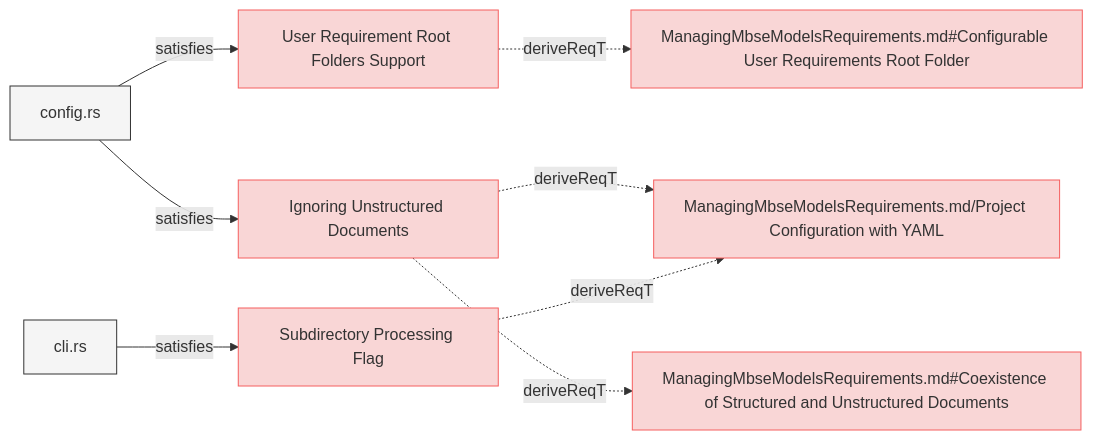
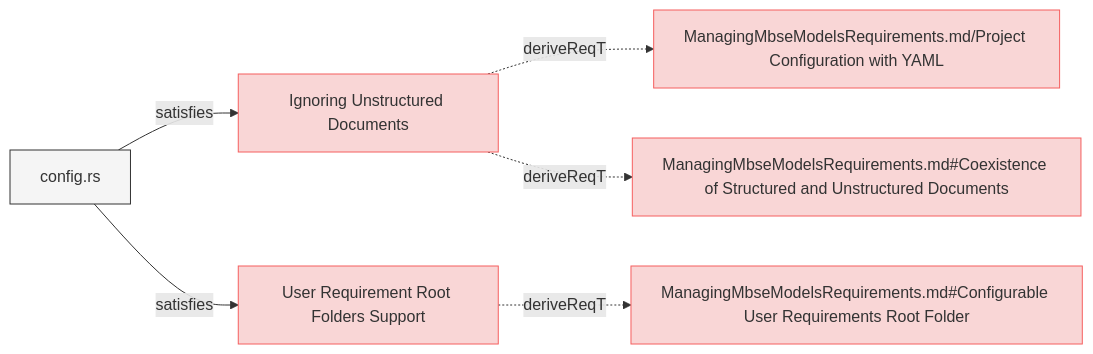
The second of 8 diagrams in specifications/SystemRequirements/Requirements.md (reqvire-org/reqvire), drawn with Mermaid before and after one commit. The commit also changed other lines of this file and 29 other files, not shown here.

````diff
--- a/specifications/SystemRequirements/Requirements.md
+++ b/specifications/SystemRequirements/Requirements.md
@@ -171,43 +151,35 @@
 ```mermaid
 graph LR;
   %% Graph styling
   classDef requirement fill:#f9d6d6,stroke:#f55f5f,stroke-width:1px;
   classDef verification fill:#d6f9d6,stroke:#5fd75f,stroke-width:1px;
   classDef externalLink fill:#d0e0ff,stroke:#3080ff,stroke-width:1px;
   classDef default fill:#f5f5f5,stroke:#333333,stroke-width:1px;
 
-  a9d6e2569d5acd60["User Requirement Root Folders Support"];
-  class a9d6e2569d5acd60 requirement;
-  click a9d6e2569d5acd60 "Requirements.md#user-requirement-root-folders-support";
-  d9354ef2eca0f2d0["ManagingMbseModelsRequirements.md#Configurable User Requirements Root Folder"];
-  class d9354ef2eca0f2d0 requirement;
-  click d9354ef2eca0f2d0 "../ManagingMbseModelsRequirements.md#configurable-user-requirements-root-folder";
-  a9d6e2569d5acd60 -.->|deriveReqT| d9354ef2eca0f2d0;
-  8419dcc77d92b609["config.rs"];
-  class 8419dcc77d92b609 default;
-  click 8419dcc77d92b609 "../../cli/src/config.rs";
-  8419dcc77d92b609 -->|satisfies| a9d6e2569d5acd60;
   be83c2991e9535c7["Ignoring Unstructured Documents"];
   class be83c2991e9535c7 requirement;
   click be83c2991e9535c7 "Requirements.md#ignoring-unstructured-documents";
   16b4b380c917deb1["ManagingMbseModelsRequirements.md/Project Configuration with YAML"];
   class 16b4b380c917deb1 requirement;
   click 16b4b380c917deb1 "../ManagingMbseModelsRequirements.md#project-configuration-with-yaml";
   be83c2991e9535c7 -.->|deriveReqT| 16b4b380c917deb1;
   f0d721424636370e["ManagingMbseModelsRequirements.md#Coexistence of Structured and Unstructured Documents"];
   class f0d721424636370e requirement;
   click f0d721424636370e "../ManagingMbseModelsRequirements.md#coexistence-of-structured-and-unstructured-documents";
   be83c2991e9535c7 -.->|deriveReqT| f0d721424636370e;
   8419dcc77d92b609["config.rs"];
   class 8419dcc77d92b609 default;
   click 8419dcc77d92b609 "../../cli/src/config.rs";
   8419dcc77d92b609 -->|satisfies| be83c2991e9535c7;
-  b3ba32cfbb28941c["Subdirectory Processing Flag"];
-  class b3ba32cfbb28941c requirement;
-  click b3ba32cfbb28941c "Requirements.md#subdirectory-processing-flag";
-  b3ba32cfbb28941c -.->|deriveReqT| 16b4b380c917deb1;
-  80defdd4cbc7ee18["cli.rs"];
-  class 80defdd4cbc7ee18 default;
-  click 80defdd4cbc7ee18 "../../cli/src/cli.rs";
-  80defdd4cbc7ee18 -->|satisfies| b3ba32cfbb28941c;
+  a9d6e2569d5acd60["User Requirement Root Folders Support"];
+  class a9d6e2569d5acd60 requirement;
+  click a9d6e2569d5acd60 "Requirements.md#user-requirement-root-folders-support";
+  d9354ef2eca0f2d0["ManagingMbseModelsRequirements.md#Configurable User Requirements Root Folder"];
+  class d9354ef2eca0f2d0 requirement;
+  click d9354ef2eca0f2d0 "../ManagingMbseModelsRequirements.md#configurable-user-requirements-root-folder";
+  a9d6e2569d5acd60 -.->|deriveReqT| d9354ef2eca0f2d0;
+  8419dcc77d92b609["config.rs"];
+  class 8419dcc77d92b609 default;
+  click 8419dcc77d92b609 "../../cli/src/config.rs";
+  8419dcc77d92b609 -->|satisfies| a9d6e2569d5acd60;
 ```
````
